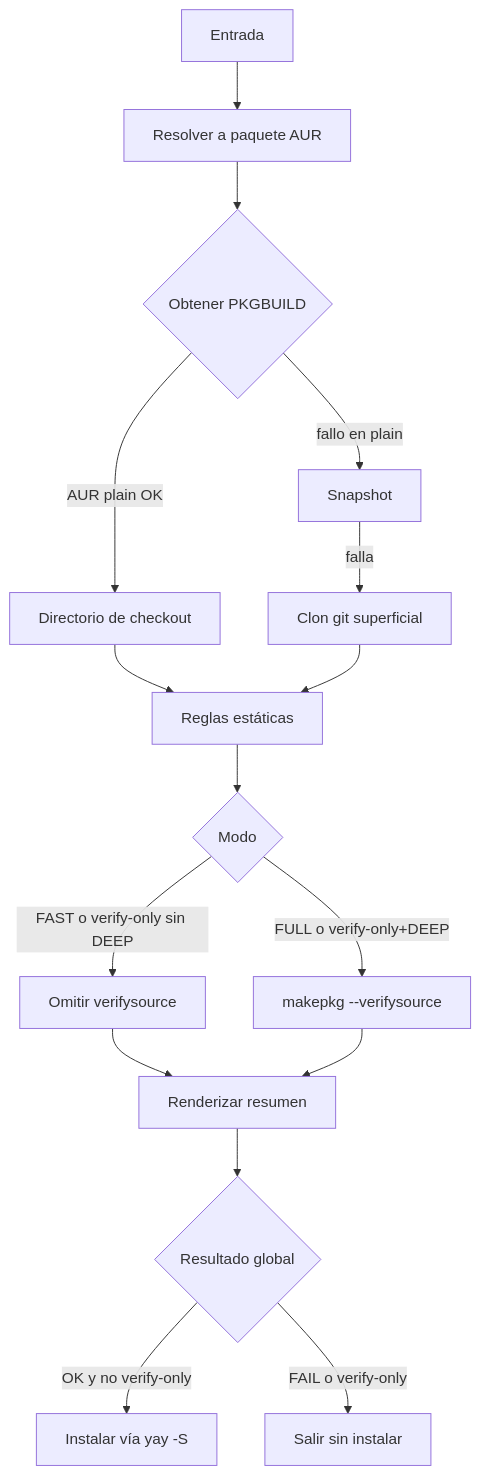
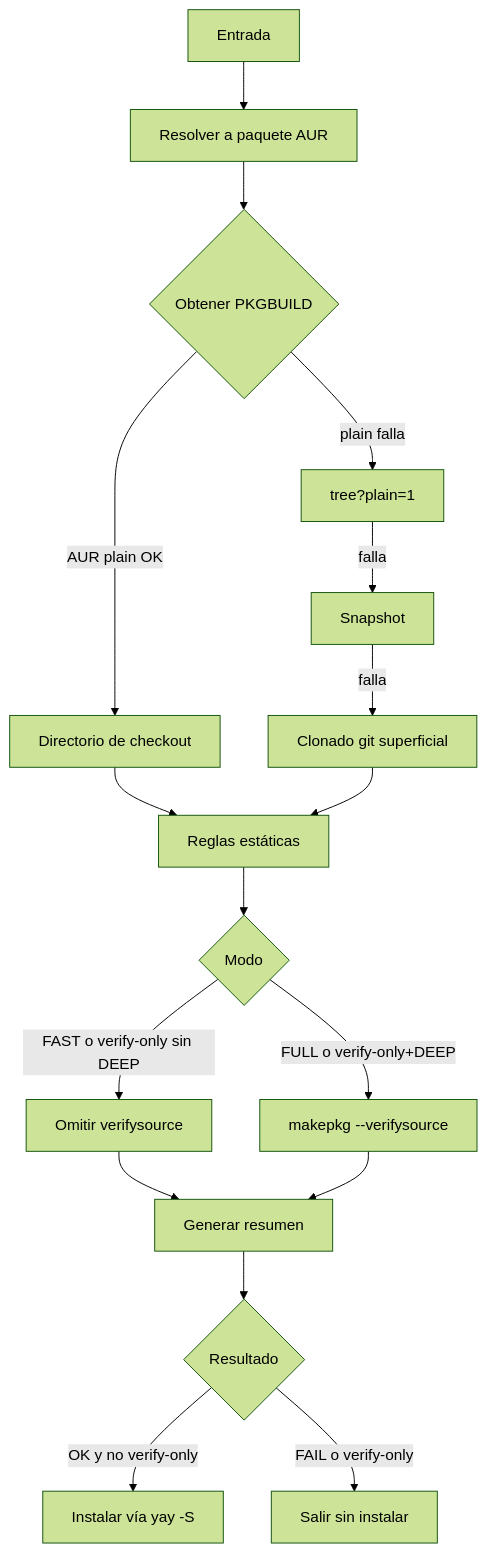
Before and after one commit to LuigiD5555/aur_scanner: the first of 10 diagrams in docs/developer/README.dev.es.md, drawn with Mermaid. The commit also changed other lines of this file and 2 other files, not shown here.

````diff
--- a/docs/developer/README.dev.es.md
+++ b/docs/developer/README.dev.es.md
@@ -17,18 +74,20 @@
 ```mermaid
+%%{init: {"theme": "forest", "handDrawn": true}}%%
 flowchart TD
     A[Entrada] --> B[Resolver a paquete AUR]
     B --> C{Obtener PKGBUILD}
     C -->|AUR plain OK| D[Directorio de checkout]
-    C -->|fallo en plain| E[Snapshot]
-    E -->|falla| F[Clon git superficial]
-    D --> G[Reglas estáticas]
-    F --> G
-    G --> H{Modo}
-    H -->|FAST o verify-only sin DEEP| I[Omitir verifysource]
-    H -->|FULL o verify-only+DEEP| J[makepkg --verifysource]
-    I --> K[Renderizar resumen]
-    J --> K
-    K --> L{Resultado global}
-    L -->|OK y no verify-only| M[Instalar vía yay -S]
-    L -->|FAIL o verify-only| N[Salir sin instalar]
+    C -->|plain falla| E[tree?plain=1]
+    E -->|falla| F[Snapshot]
+    F -->|falla| G[Clonado git superficial]
+    D --> H[Reglas estáticas]
+    G --> H
+    H --> I{Modo}
+    I -->|FAST o verify-only sin DEEP| J[Omitir verifysource]
+    I -->|FULL o verify-only+DEEP| K[makepkg --verifysource]
+    J --> L[Generar resumen]
+    K --> L
+    L --> M{Resultado}
+    M -->|OK y no verify-only| N[Instalar vía yay -S]
+    M -->|FAIL o verify-only| O[Salir sin instalar]
 ```
````
